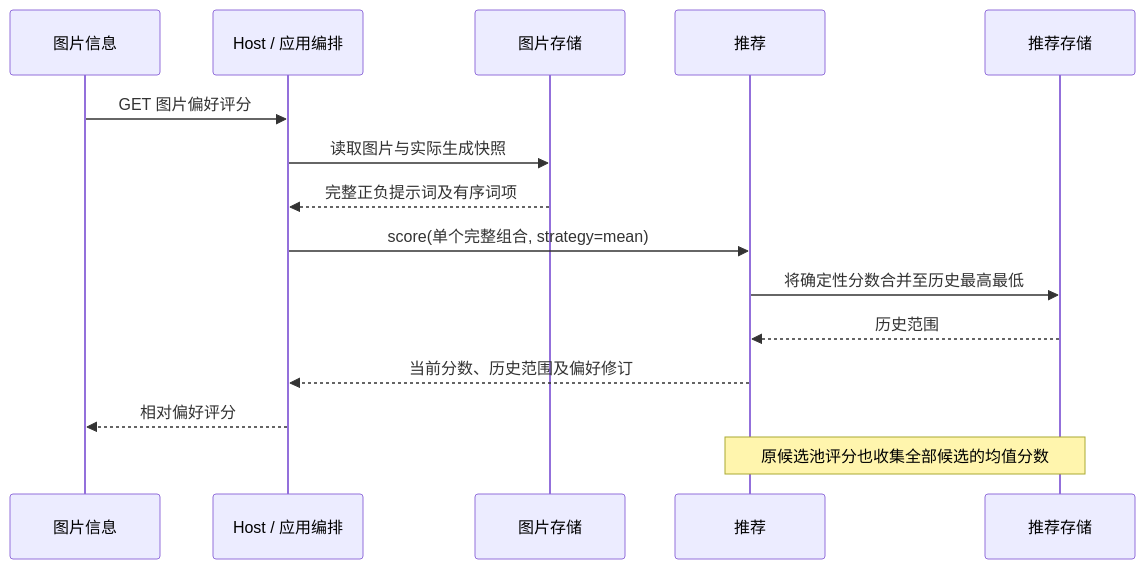
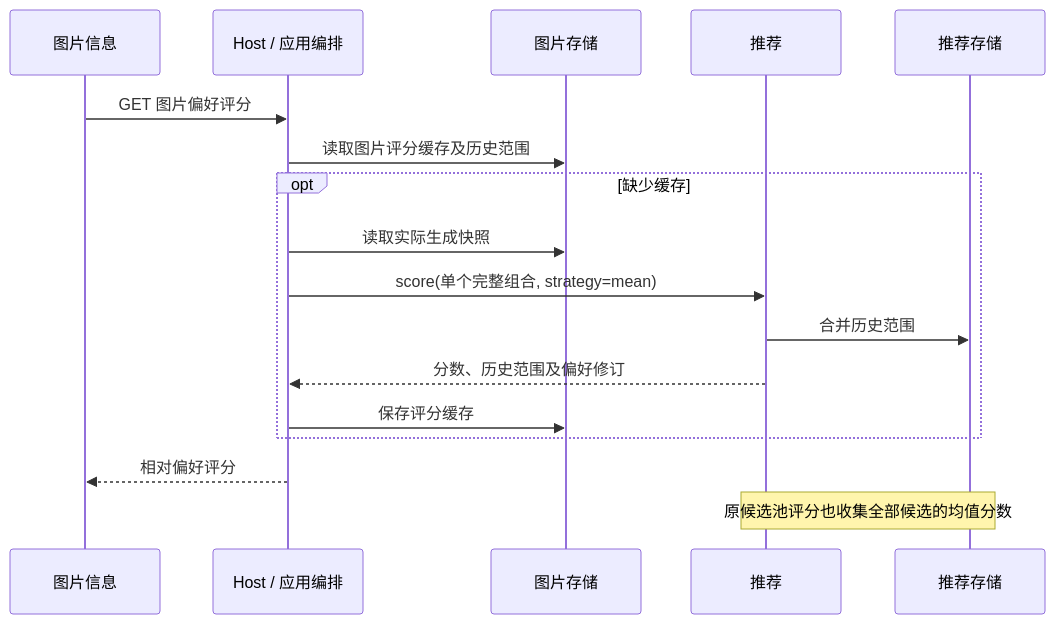
Before and after one commit to Lykr/pictide: the second of 2 diagrams in docs/image-preference-score.md, drawn with Mermaid. The commit also changed other lines of this file and 2 other files, not shown here.

Commit message:
Align score documentation with persistent image caches

````diff
--- a/docs/image-preference-score.md
+++ b/docs/image-preference-score.md
@@ -34,17 +34,19 @@
 ```mermaid
 sequenceDiagram
     participant UI as 图片信息
     participant App as Host / 应用编排
     participant Images as 图片存储
     participant Rec as 推荐
     participant Store as 推荐存储
     UI->>App: GET 图片偏好评分
-    App->>Images: 读取图片与实际生成快照
-    Images-->>App: 完整正负提示词及有序词项
-    App->>Rec: score(单个完整组合, strategy=mean)
-    Rec->>Store: 将确定性分数合并至历史最高最低
-    Store-->>Rec: 历史范围
-    Rec-->>App: 当前分数、历史范围及偏好修订
+    App->>Images: 读取图片评分缓存及历史范围
+    opt 缺少缓存
+        App->>Images: 读取实际生成快照
+        App->>Rec: score(单个完整组合, strategy=mean)
+        Rec->>Store: 合并历史范围
+        Rec-->>App: 分数、历史范围及偏好修订
+        App->>Images: 保存评分缓存
+    end
     App-->>UI: 相对偏好评分
     Note over Rec,Store: 原候选池评分也收集全部候选的均值分数
 ```
````
